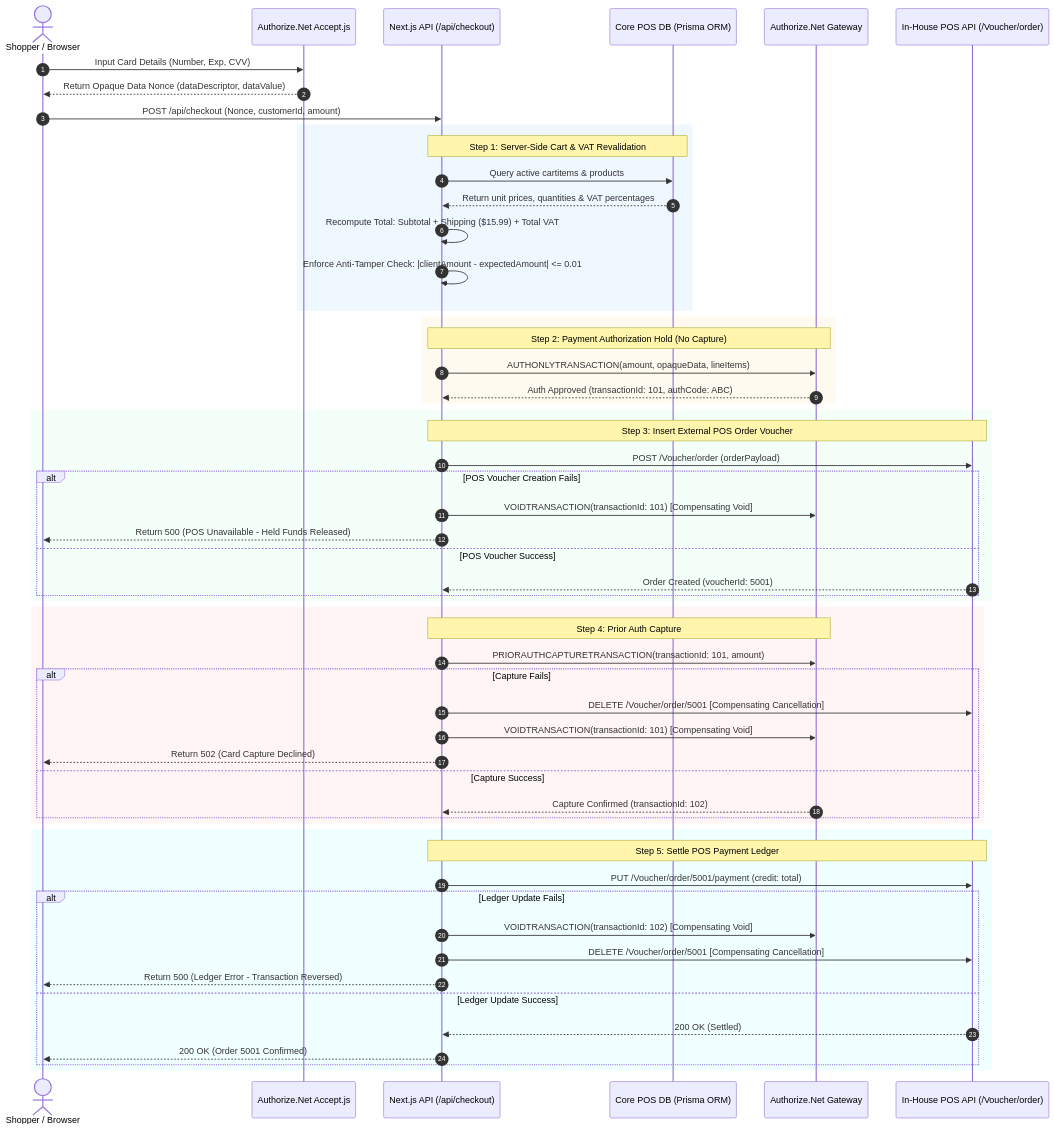
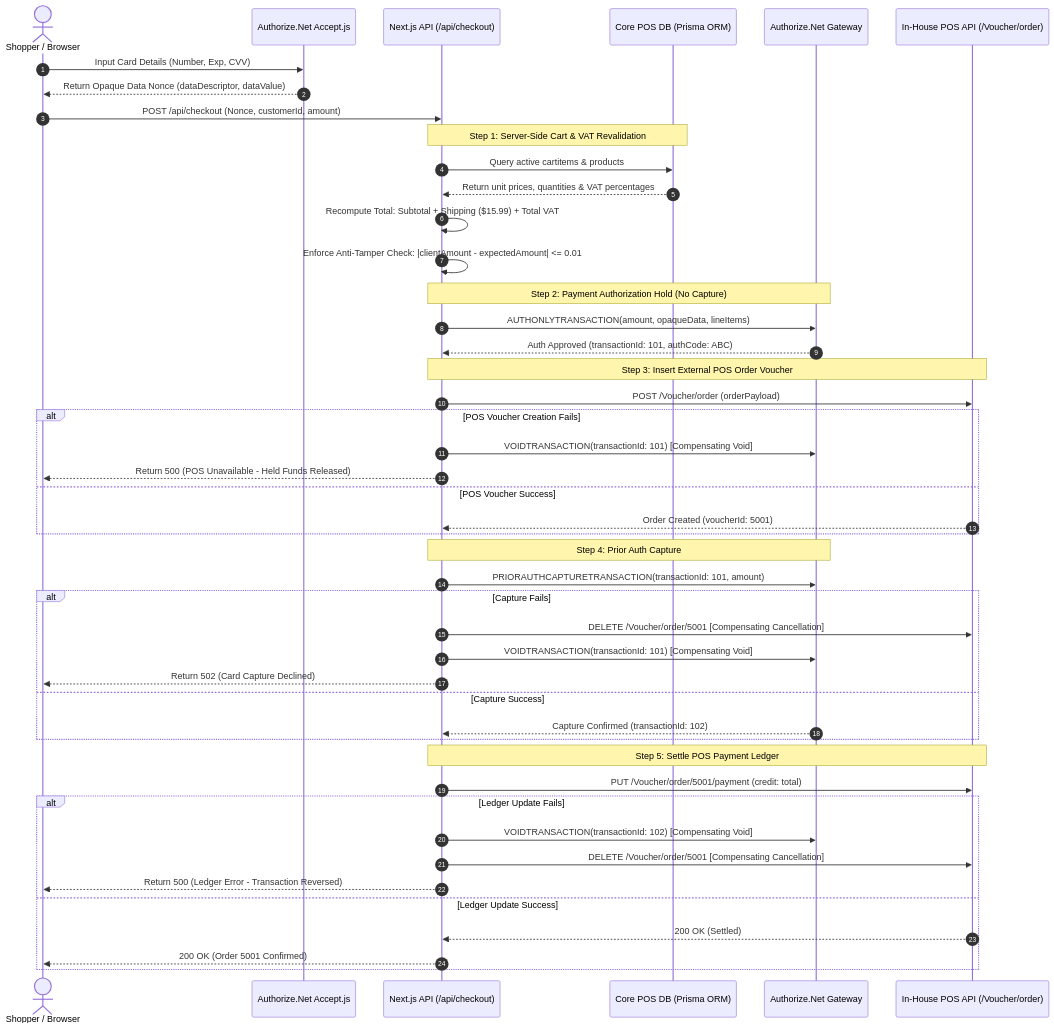
The diagram in docs/payment-saga-and-fault-tolerance.md (Nawaz393/omnichannel-ecommerce-platform-architecture), drawn with Mermaid before and after one commit. The commit also changed 4 other files, not shown here.

Commit message:
refactor: remove unnecessary diagram sections and simplify transaction descriptions in architecture documentation

````diff
--- a/docs/payment-saga-and-fault-tolerance.md
+++ b/docs/payment-saga-and-fault-tolerance.md
@@ -31,64 +31,54 @@
 ```mermaid
 sequenceDiagram
     autonumber
     actor Customer as Shopper / Browser
     participant AcceptJs as Authorize.Net Accept.js
     participant API as Next.js API (/api/checkout)
     participant Prisma as Core POS DB (Prisma ORM)
     participant AuthNet as Authorize.Net Gateway
     participant POS as In-House POS API (/Voucher/order)
 
     Customer->>AcceptJs: Input Card Details (Number, Exp, CVV)
     AcceptJs-->>Customer: Return Opaque Data Nonce (dataDescriptor, dataValue)
     Customer->>API: POST /api/checkout (Nonce, customerId, amount)
 
-    rect rgb(240, 248, 255)
     Note over API,Prisma: Step 1: Server-Side Cart & VAT Revalidation
     API->>Prisma: Query active cartitems & products
     Prisma-->>API: Return unit prices, quantities & VAT percentages
     API->>API: Recompute Total: Subtotal + Shipping ($15.99) + Total VAT
     API->>API: Enforce Anti-Tamper Check: |clientAmount - expectedAmount| <= 0.01
-    end
 
-    rect rgb(255, 250, 240)
     Note over API,AuthNet: Step 2: Payment Authorization Hold (No Capture)
     API->>AuthNet: AUTHONLYTRANSACTION(amount, opaqueData, lineItems)
     AuthNet-->>API: Auth Approved (transactionId: 101, authCode: ABC)
-    end
 
-    rect rgb(245, 255, 250)
     Note over API,POS: Step 3: Insert External POS Order Voucher
     API->>POS: POST /Voucher/order (orderPayload)
     alt POS Voucher Creation Fails
         API->>AuthNet: VOIDTRANSACTION(transactionId: 101) [Compensating Void]
         API-->>Customer: Return 500 (POS Unavailable - Held Funds Released)
     else POS Voucher Success
         POS-->>API: Order Created (voucherId: 5001)
     end
-    end
 
-    rect rgb(255, 245, 245)
     Note over API,AuthNet: Step 4: Prior Auth Capture
     API->>AuthNet: PRIORAUTHCAPTURETRANSACTION(transactionId: 101, amount)
     alt Capture Fails
         API->>POS: DELETE /Voucher/order/5001 [Compensating Cancellation]
         API->>AuthNet: VOIDTRANSACTION(transactionId: 101) [Compensating Void]
         API-->>Customer: Return 502 (Card Capture Declined)
     else Capture Success
         AuthNet-->>API: Capture Confirmed (transactionId: 102)
     end
-    end
 
-    rect rgb(240, 255, 255)
     Note over API,POS: Step 5: Settle POS Payment Ledger
     API->>POS: PUT /Voucher/order/5001/payment (credit: total)
     alt Ledger Update Fails
         API->>AuthNet: VOIDTRANSACTION(transactionId: 102) [Compensating Void]
         API->>POS: DELETE /Voucher/order/5001 [Compensating Cancellation]
         API-->>Customer: Return 500 (Ledger Error - Transaction Reversed)
     else Ledger Update Success
         POS-->>API: 200 OK (Settled)
         API-->>Customer: 200 OK (Order 5001 Confirmed)
     end
-    end
 ```
````
